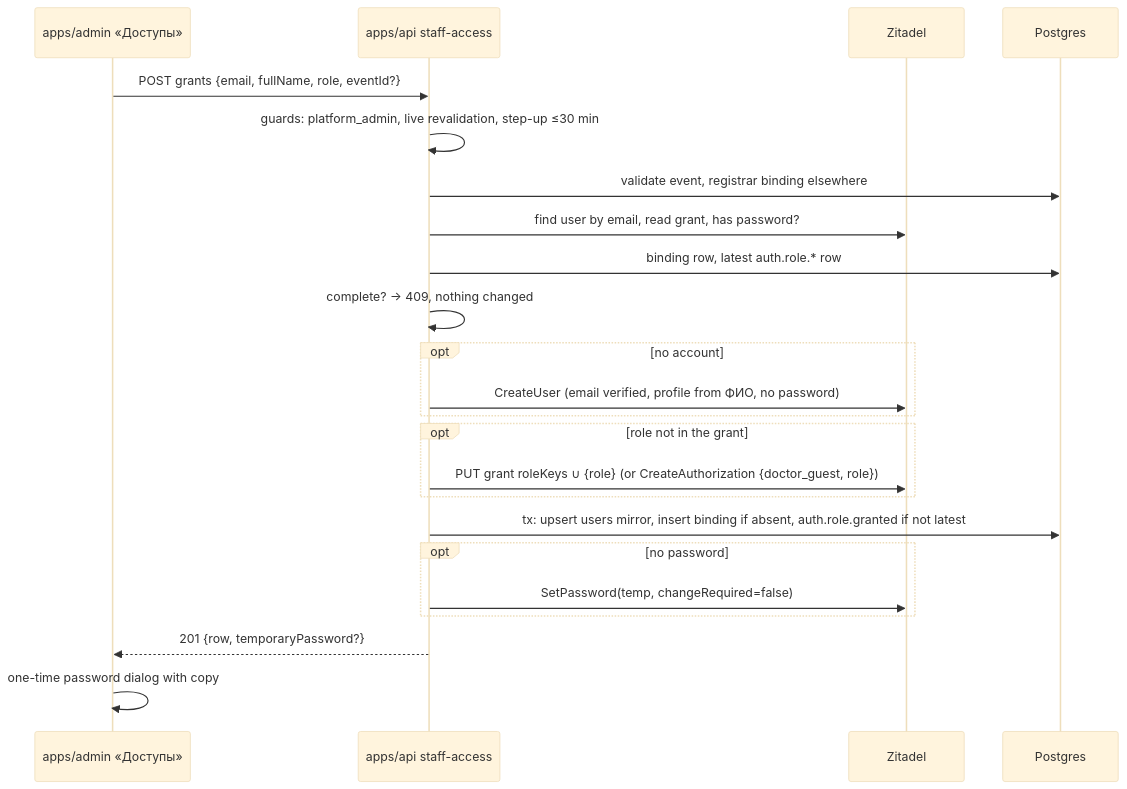
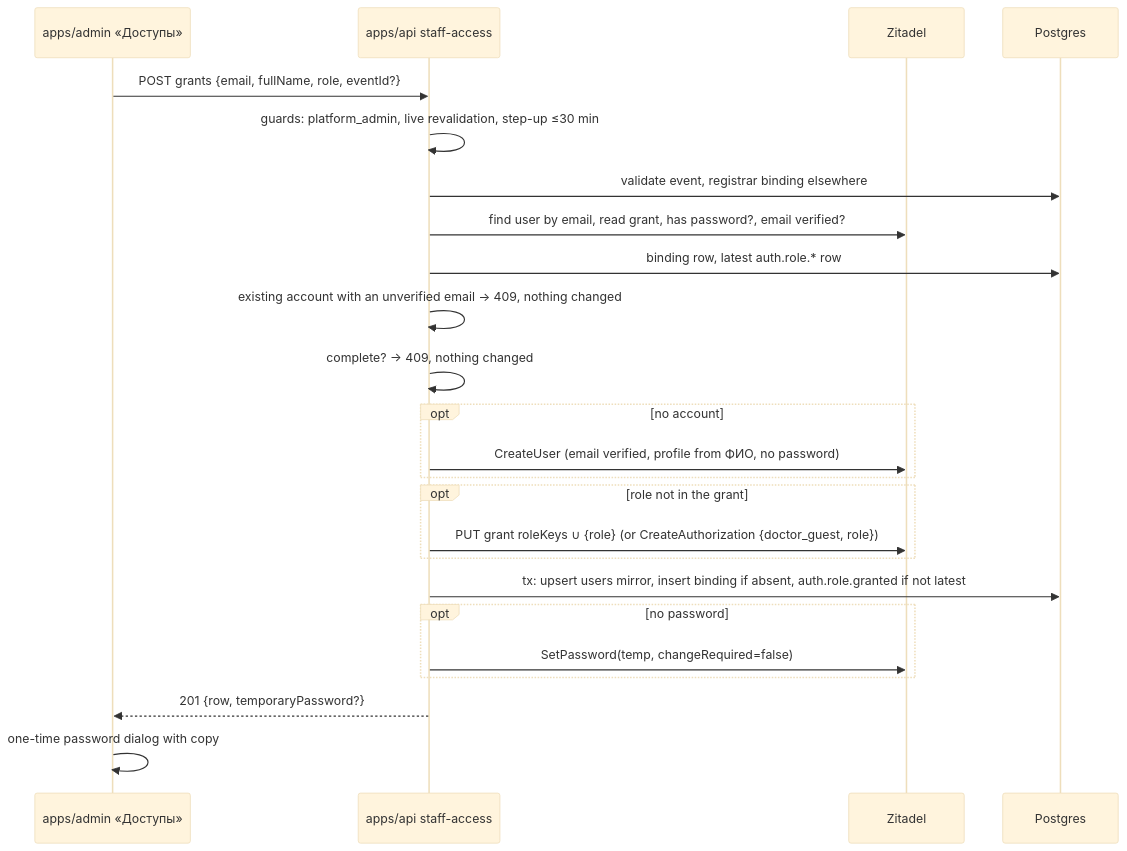
One commit to doctor-school/ds-platform changed the diagram in apps/docs/content/specs/features/047-staff-access/047-design.md. Above: the diagram before and after it, drawn with Mermaid (base theme). The commit also changed other lines of this file and 111 other files, not shown here.

````diff
--- a/apps/docs/content/specs/features/047-staff-access/047-design.md
+++ b/apps/docs/content/specs/features/047-staff-access/047-design.md
@@ -54,25 +54,26 @@
 ```mermaid
 sequenceDiagram
     participant UI as apps/admin «Доступы»
     participant API as apps/api staff-access
     participant IdP as Zitadel
     participant DB as Postgres
     UI->>API: POST grants {email, fullName, role, eventId?}
     API->>API: guards: platform_admin, live revalidation, step-up ≤30 min
     API->>DB: validate event, registrar binding elsewhere
-    API->>IdP: find user by email, read grant, has password?
+    API->>IdP: find user by email, read grant, has password?, email verified?
     API->>DB: binding row, latest auth.role.* row
+    API->>API: existing account with an unverified email → 409, nothing changed
     API->>API: complete? → 409, nothing changed
     opt no account
         API->>IdP: CreateUser (email verified, profile from ФИО, no password)
     end
     opt role not in the grant
         API->>IdP: PUT grant roleKeys ∪ {role} (or CreateAuthorization {doctor_guest, role})
     end
     API->>DB: tx: upsert users mirror, insert binding if absent, auth.role.granted if not latest
     opt no password
         API->>IdP: SetPassword(temp, changeRequired=false)
     end
     API-->>UI: 201 {row, temporaryPassword?}
     UI->>UI: one-time password dialog with copy
 ```
````
